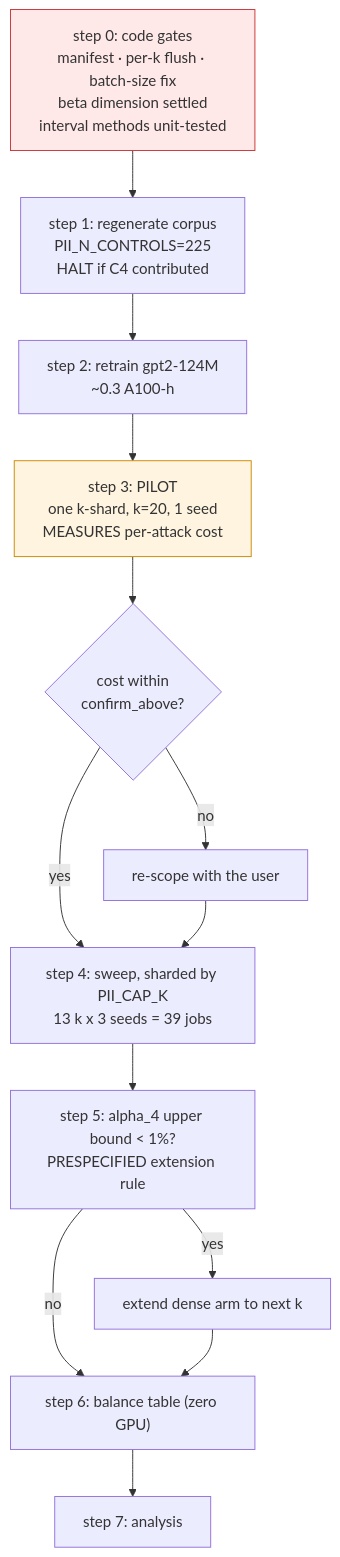
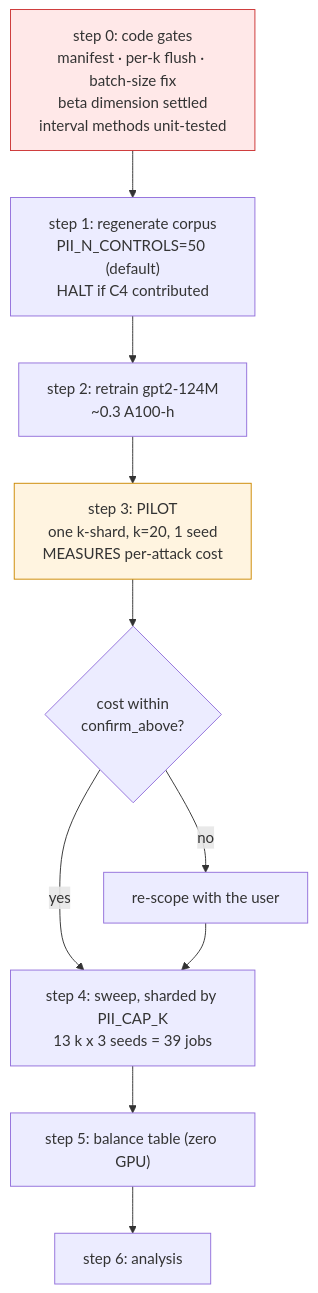
Before and after one commit to jackyluo-learning/PII_Extraction: the second of 2 diagrams in .ai/research/studies/capacity_axis_20260902/design.md, drawn with Mermaid. The commit also changed other lines of this file, not shown here.

````diff
--- a/.ai/research/studies/capacity_axis_20260902/design.md
+++ b/.ai/research/studies/capacity_axis_20260902/design.md
@@ -770,17 +801,14 @@
 ```mermaid
 flowchart TD
   C0["step 0: code gates<br/>manifest · per-k flush · batch-size fix<br/>beta dimension settled<br/>interval methods unit-tested"] --> C1
-  C1["step 1: regenerate corpus<br/>PII_N_CONTROLS=225<br/>HALT if C4 contributed"] --> C2
+  C1["step 1: regenerate corpus<br/>PII_N_CONTROLS=50 (default)<br/>HALT if C4 contributed"] --> C2
   C2["step 2: retrain gpt2-124M<br/>~0.3 A100-h"] --> C3
   C3["step 3: PILOT<br/>one k-shard, k=20, 1 seed<br/>MEASURES per-attack cost"] --> G{"cost within<br/>confirm_above?"}
   G -->|no| RS["re-scope with the user"]
   G -->|yes| C4
   RS --> C4["step 4: sweep, sharded by PII_CAP_K<br/>13 k x 3 seeds = 39 jobs"]
-  C4 --> C5["step 5: alpha_4 upper bound < 1%?<br/>PRESPECIFIED extension rule"]
-  C5 -->|yes| C6["extend dense arm to next k"]
-  C5 -->|no| C7
-  C6 --> C7["step 6: balance table (zero GPU)"]
-  C7 --> C8["step 7: analysis"]
+  C4 --> C7["step 5: balance table (zero GPU)"]
+  C7 --> C8["step 6: analysis"]
   style C3 fill:#fff4e0,stroke:#cc8800
   style C0 fill:#ffe8e8,stroke:#cc3333
 ```
````
